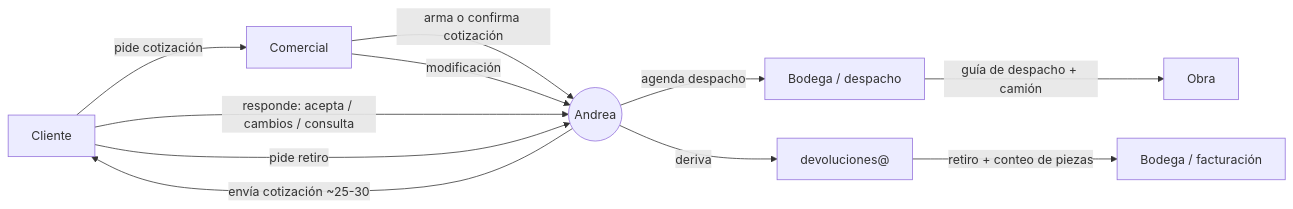
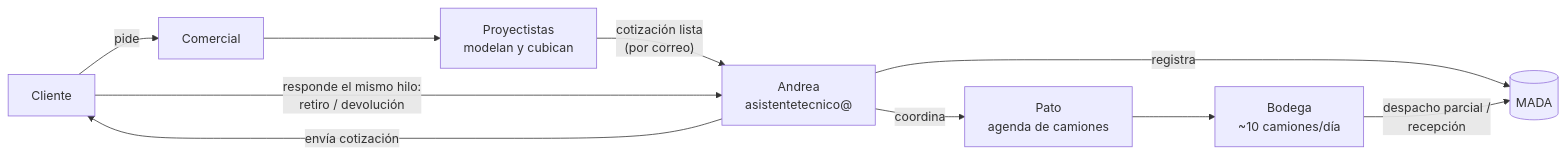
The diagram in docs/01-diagnostico.md (zhbozzo/alzatec), drawn with Mermaid before and after one commit. The commit also changed other lines of this file and 4 other files, not shown here.

First line of the commit message:
Reenfoca el proyecto en un agente de agenda de camiones

````diff
--- a/docs/01-diagnostico.md
+++ b/docs/01-diagnostico.md
@@ -30,13 +19,12 @@
 ```mermaid
 flowchart LR
-  C[Cliente] -->|pide cotización| V[Comercial]
-  V -->|arma o confirma cotización| A((Andrea))
-  A -->|envía cotización ~25-30| C
-  C -->|responde: acepta / cambios / consulta| A
-  V -->|modificación| A
-  A -->|agenda despacho| D["Bodega / despacho"]
-  D -->|guía de despacho + camión| O[Obra]
-  C -->|pide retiro| A
-  A -->|deriva| R["devoluciones@"]
-  R -->|retiro + conteo de piezas| F["Bodega / facturación"]
+  CL[Cliente] -->|pide| VE[Comercial]
+  VE --> PR["Proyectistas<br/>modelan y cubican"]
+  PR -->|"cotización lista<br/>(por correo)"| AN["Andrea<br/>asistentetecnico@"]
+  AN -->|envía cotización| CL
+  AN -->|registra| MADA[("MADA")]
+  CL -->|"responde el mismo hilo:<br/>retiro / devolución"| AN
+  AN -->|coordina| PA["Pato<br/>agenda de camiones"]
+  PA --> BO["Bodega<br/>~10 camiones/día"]
+  BO -->|"despacho parcial /<br/>recepción"| MADA
 ```
````
